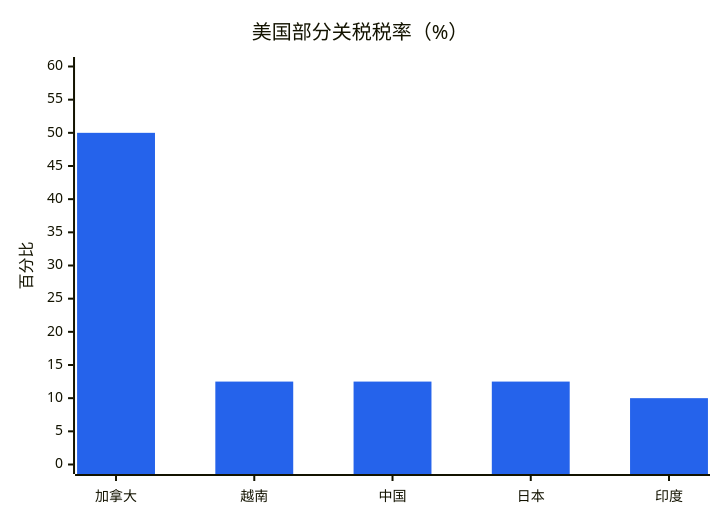
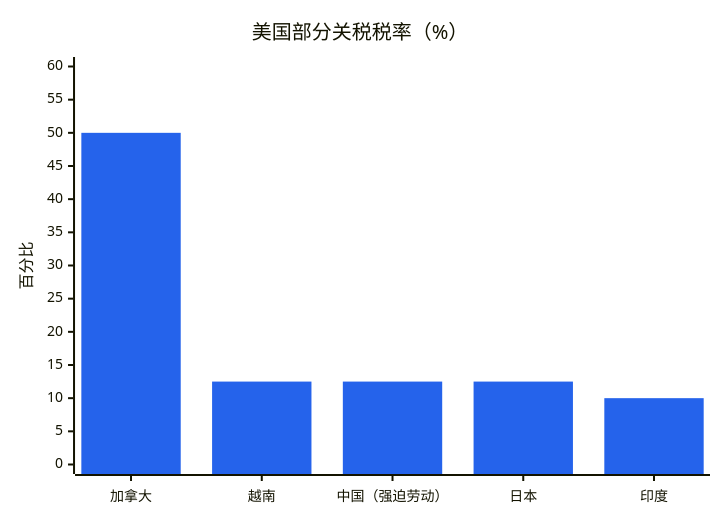
Before and after one commit to dureach/research: the first of 15 diagrams in Global-Trade-Intelligence-weekly-2026-11-23/index.zh.md, drawn with Mermaid. The commit also changed other lines of this file and 5 other files, not shown here.

````diff
--- a/Global-Trade-Intelligence-weekly-2026-11-23/index.zh.md
+++ b/Global-Trade-Intelligence-weekly-2026-11-23/index.zh.md
@@ -220,8 +220,8 @@
 ```mermaid
 %%{init: {'theme': 'base', 'themeVariables': {'xyChart': {'plotColorPalette': '#2563eb'}}}}%%
 xychart-beta
     title "美国部分关税税率（%）"
-    x-axis ["加拿大", "越南", "中国", "日本", "印度"]
+    x-axis ["加拿大", "越南", "中国（强迫劳动）", "日本", "印度"]
     y-axis "百分比" 0 --> 60
     bar [50, 12.5, 12.5, 12.5, 10]
 ```
````
